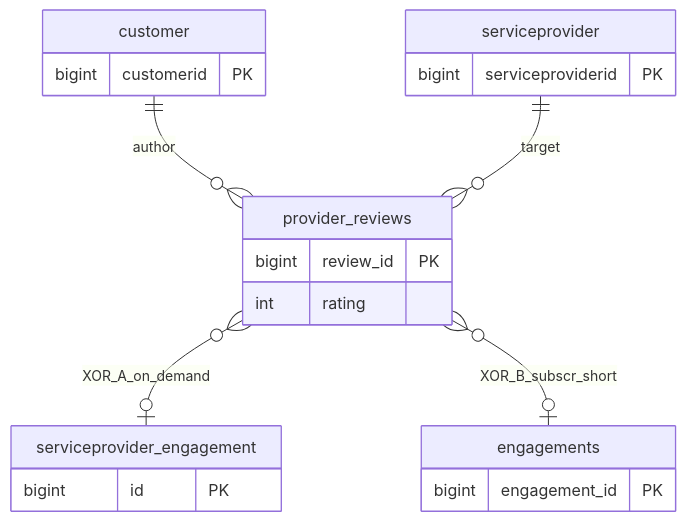
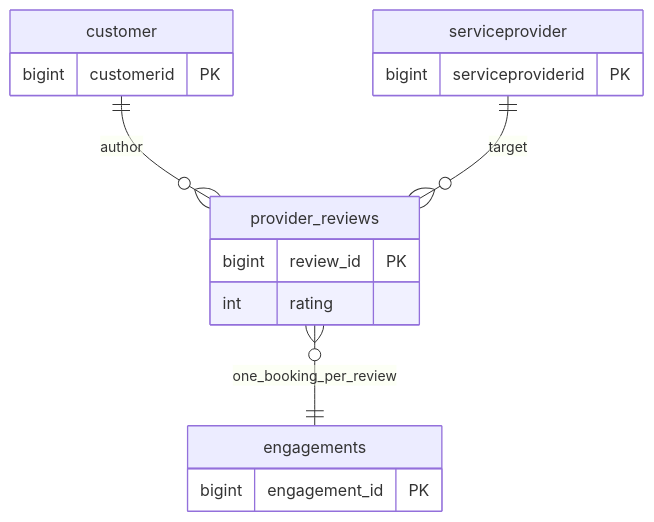
One commit to ServEase-Innovations/Serveaso changed the sixth of 9 diagrams in README.md. Above: the diagram before and after it, drawn with Mermaid. The commit also changed other lines of this file and 9 other files, not shown here.

````diff
--- a/README.md
+++ b/README.md
@@ -266,23 +253,19 @@
 ```mermaid
 erDiagram
   customer {
     bigint customerid PK
   }
   serviceprovider {
     bigint serviceproviderid PK
   }
   engagements {
     bigint engagement_id PK
   }
-  serviceprovider_engagement {
-    bigint id PK
-  }
   provider_reviews {
     bigint review_id PK
     int rating
   }
   customer ||--o{ provider_reviews : "author"
   serviceprovider ||--o{ provider_reviews : "target"
-  provider_reviews }o--o| serviceprovider_engagement : "XOR_A_on_demand"
-  provider_reviews }o--o| engagements : "XOR_B_subscr_short"
+  provider_reviews }o--|| engagements : "one_booking_per_review"
 ```
````
